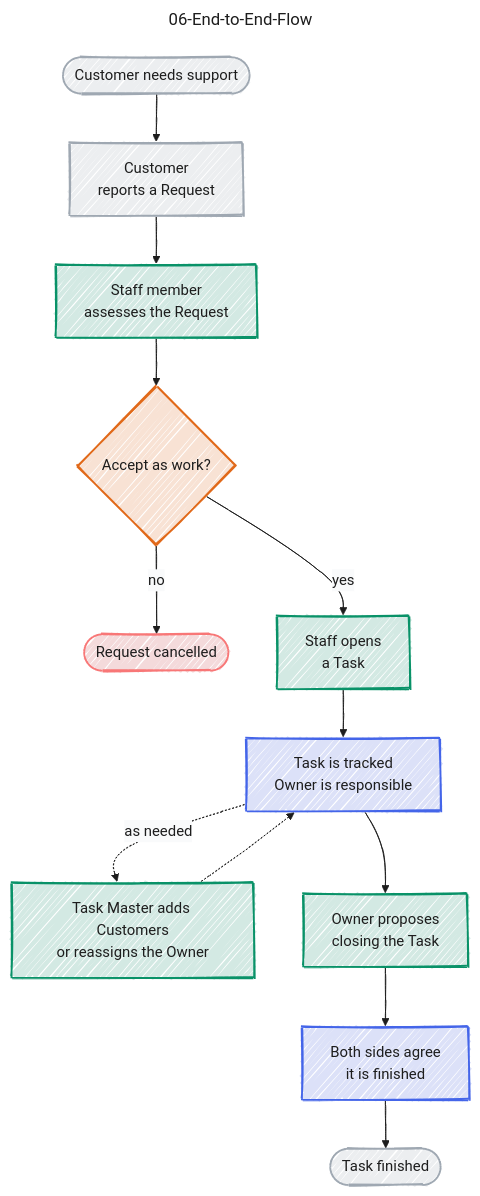
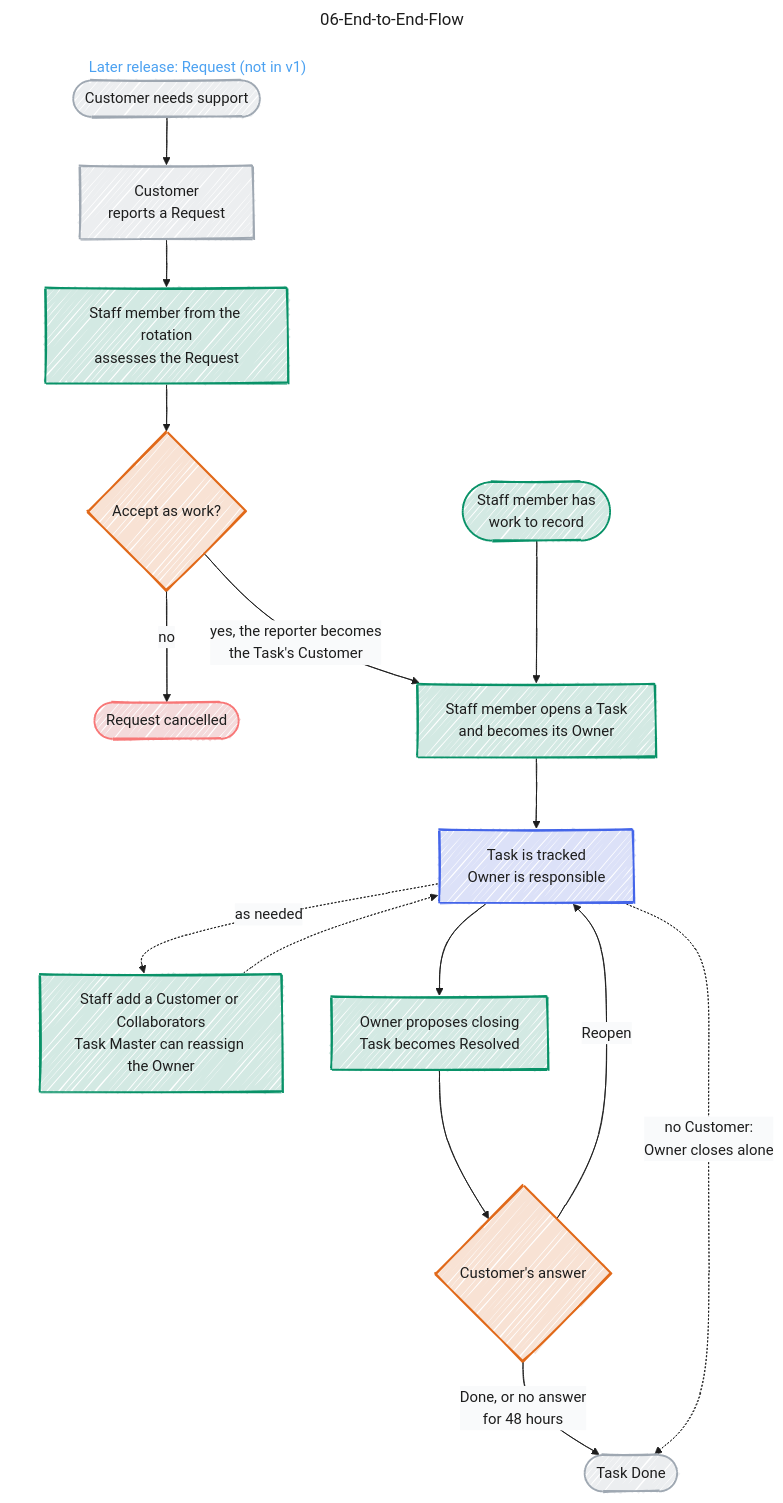
Before and after one commit to jedt3d/tasuku: the diagram in docs/diagram/06-End-to-End-Flow.md, drawn with Mermaid. The commit also changed other lines of this file and 19 other files, not shown here.

First line of the commit message:
docs: settle the open diagram gaps and close sign-up

```diff
--- a/docs/diagram/06-End-to-End-Flow.md
+++ b/docs/diagram/06-End-to-End-Flow.md
@@ -79,17 +79,24 @@
     curve: basis
 ---
 flowchart TD
-  start(["Customer needs support"]):::grey --> report["Customer<br/>reports a Request"]:::grey
-  report --> assess["Staff member<br/>assesses the Request"]:::green
-  assess --> accept{"Accept as work?"}:::orange
-  accept -->|"no"| cancel(["Request cancelled"]):::lred
-  accept -->|"yes"| open["Staff opens<br/>a Task"]:::green
+  subgraph later["Later release: Request (not in v1)"]
+    start(["Customer needs support"]):::grey --> report["Customer<br/>reports a Request"]:::grey
+    report --> assess["Staff member from the rotation<br/>assesses the Request"]:::green
+    assess --> accept{"Accept as work?"}:::orange
+    accept -->|"no"| cancel(["Request cancelled"]):::lred
+  end
+  direct(["Staff member has<br/>work to record"]):::green --> open["Staff member opens a Task<br/>and becomes its Owner"]:::green
+  accept -->|"yes, the reporter becomes<br/>the Task's Customer"| open
   open --> track["Task is tracked<br/>Owner is responsible"]:::blue
-  track -.->|"as needed"| tm["Task Master adds Customers<br/>or reassigns the Owner"]:::green
+  track -.->|"as needed"| tm["Staff add a Customer or Collaborators<br/>Task Master can reassign the Owner"]:::green
   tm -.-> track
-  track --> propose["Owner proposes<br/>closing the Task"]:::green
-  propose --> agree["Both sides agree<br/>it is finished"]:::blue
-  agree --> done(["Task finished"]):::grey
+  track --> propose["Owner proposes closing<br/>Task becomes Resolved"]:::green
+  propose --> answer{"Customer's answer"}:::orange
+  answer -->|"Reopen"| track
+  answer -->|"Done, or no answer<br/>for 48 hours"| done(["Task Done"]):::grey
+  track -.->|"no Customer:<br/>Owner closes alone"| done
+  style later fill:none,stroke:#4ba1f1,stroke-width:2px,color:#4ba1f1
+
 
   classDef blue    fill:#dce1f8,stroke:#4465e9,stroke-width:2px,color:#1d1d1d
   classDef lblue   fill:#ddeefc,stroke:#4ba1f1,stroke-width:2px,color:#1d1d1d
```
